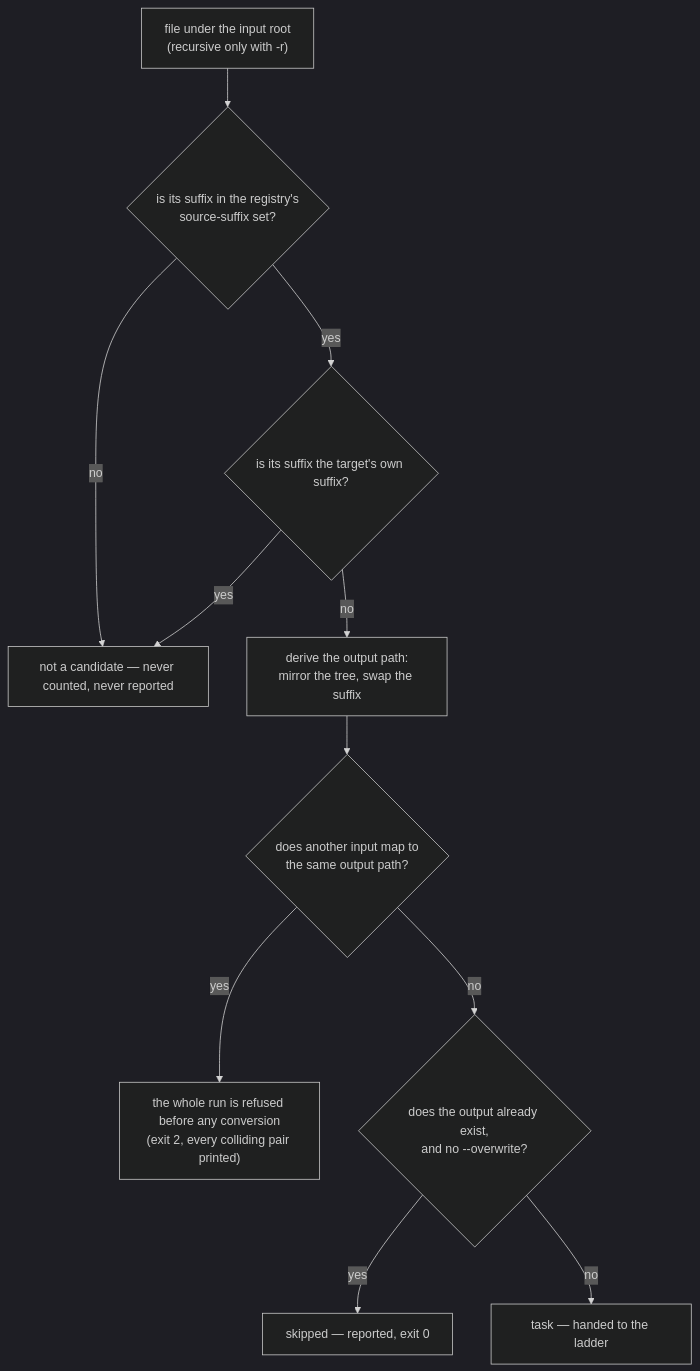
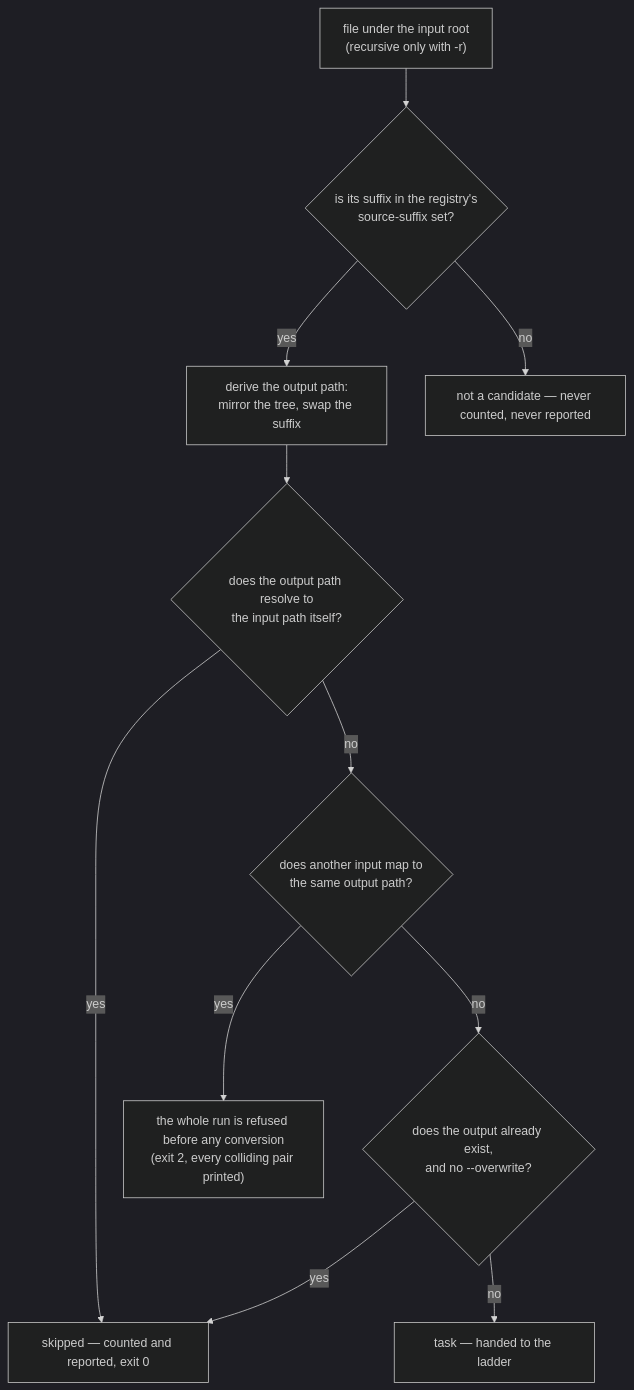
One commit to bhemsen/converter changed the diagram in docs/design/source-selection.md. Above: the diagram before and after it, drawn with Mermaid (dark theme). The commit also changed other lines of this file and 3 other files, not shown here.

````diff
--- a/docs/design/source-selection.md
+++ b/docs/design/source-selection.md
@@ -21,24 +18,24 @@
 ```mermaid
 flowchart TD
     F["file under the input root<br/>(recursive only with -r)"]
     MEDIA{"is its suffix in the registry's<br/>source-suffix set?"}
-    SAME{"is its suffix the target's own suffix?"}
     OUT["derive the output path:<br/>mirror the tree, swap the suffix"]
+    SELF{"does the output path resolve to<br/>the input path itself?"}
     COLL{"does another input map to<br/>the same output path?"}
     EXISTS{"does the output already exist,<br/>and no --overwrite?"}
     TASK["task — handed to the ladder"]
-    SKIP["skipped — reported, exit 0"]
+    SKIP["skipped — counted and reported, exit 0"]
     NOTCAND["not a candidate — never counted, never reported"]
     REFUSE["the whole run is refused before any conversion<br/>(exit 2, every colliding pair printed)"]
 
     F --> MEDIA
     MEDIA -->|"no"| NOTCAND
-    MEDIA -->|"yes"| SAME
-    SAME -->|"yes"| NOTCAND
-    SAME -->|"no"| OUT
-    OUT --> COLL
+    MEDIA -->|"yes"| OUT
+    OUT --> SELF
+    SELF -->|"yes"| SKIP
+    SELF -->|"no"| COLL
     COLL -->|"yes"| REFUSE
     COLL -->|"no"| EXISTS
     EXISTS -->|"yes"| SKIP
     EXISTS -->|"no"| TASK
 ```
````
